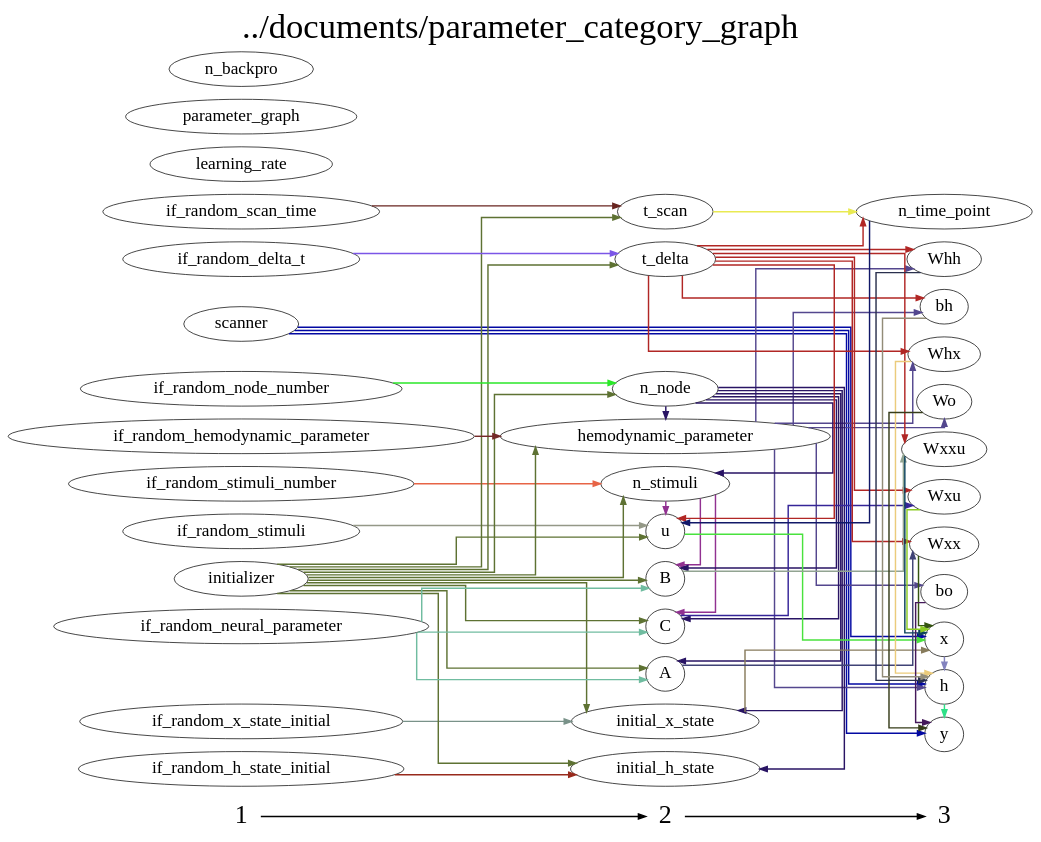
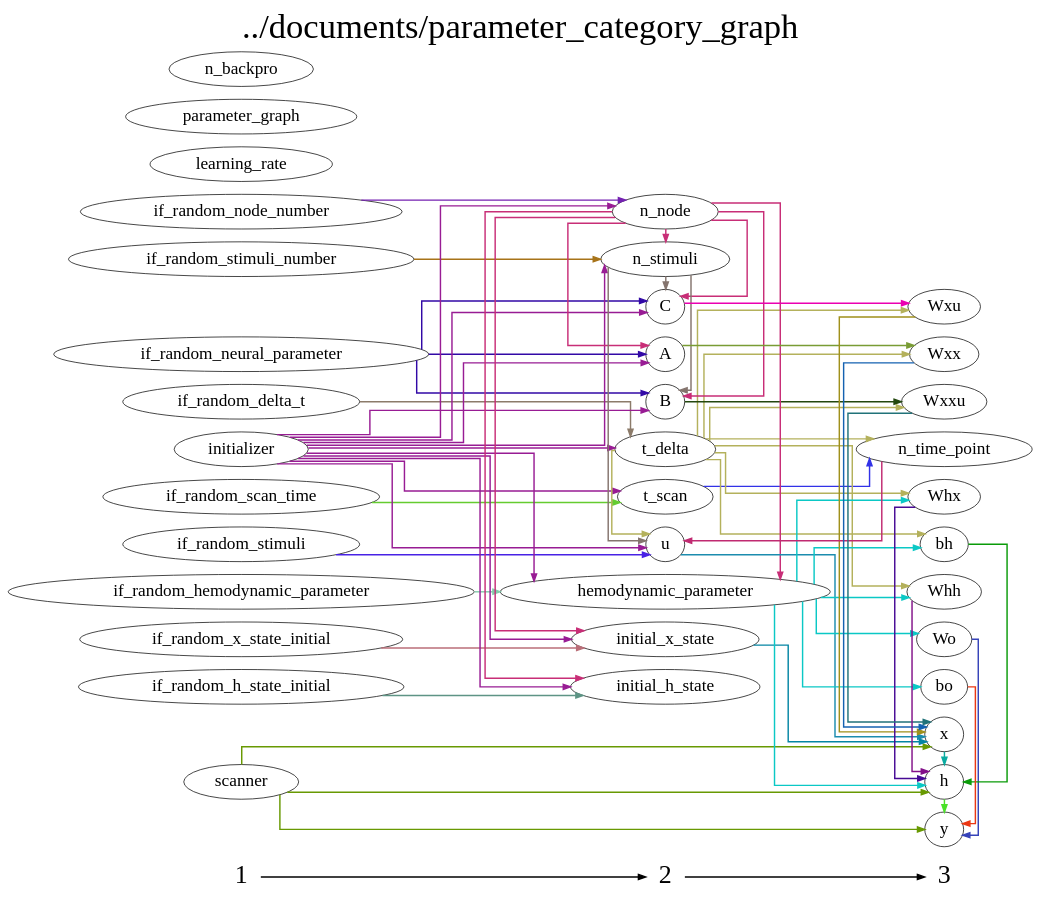
One commit to YuanWangOnward/DCM_RNN changed the diagram in dcm_rnn/documents/parameter_category_graph.gv. Above: the diagram before and after it, drawn with Graphviz. The commit also changed 11 other files, not shown here.

```diff
--- a/dcm_rnn/documents/parameter_category_graph.gv
+++ b/dcm_rnn/documents/parameter_category_graph.gv
@@ -1,132 +1,132 @@
 digraph G {
           splines=ortho;
           fontsize = 48;
           rankdir = "LR";
           node[fontsize=24];
           edge[penwidth=2];
           {
           node [shape=plaintext fontsize=36];
           1 -> 
           2 -> 
           3
           }
           {rank = same;
           1;
+          if_random_node_number;
           scanner;
-          learning_rate;
+          if_random_x_state_initial;
+          if_random_h_state_initial;
           if_random_stimuli;
-          if_random_x_state_initial;
-          if_random_stimuli_number;
-          initializer;
-          if_random_scan_time;
-          if_random_hemodynamic_parameter;
-          parameter_graph;
-          if_random_node_number;
-          if_random_h_state_initial;
           if_random_delta_t;
           if_random_neural_parameter;
+          if_random_hemodynamic_parameter;
+          if_random_scan_time;
+          learning_rate;
+          parameter_graph;
+          if_random_stimuli_number;
           n_backpro;
+          initializer;
           }
           {rank = same;
           2;
+          t_scan;
+          t_delta;
+          B;
+          n_node;
+          n_stimuli;
+          u;
+          initial_x_state;
           hemodynamic_parameter;
-          n_stimuli;
-          n_node;
-          t_scan;
           initial_h_state;
           C;
-          t_delta;
-          initial_x_state;
-          u;
-          B;
           A;
           }
           {rank = same;
           3;
+          Wo;
+          h;
+          Wxu;
+          Whx;
           n_time_point;
-          Whx;
           Wxxu;
+          Wxx;
+          bh;
           y;
-          Wo;
-          Wxx;
+          Whh;
+          x;
           bo;
-          Whh;
-          Wxu;
-          x;
-          h;
-          bh;
           }
-          hemodynamic_parameter -> Whx [color="#54478E"];
-          hemodynamic_parameter -> Wo [color="#54478E"];
-          hemodynamic_parameter -> bo [color="#54478E"];
-          hemodynamic_parameter -> Whh [color="#54478E"];
-          hemodynamic_parameter -> h [color="#54478E"];
-          hemodynamic_parameter -> bh [color="#54478E"];
-          Wo -> y [color="#363C19"];
+          if_random_node_number -> n_node [color="#7421B1"];
+          Wo -> y [color="#3643B9"];
+          Whx -> h [color="#470A95"];
+          if_random_x_state_initial -> initial_x_state [color="#BA6E78"];
+          h -> y [color="#4AE128"];
+          Whh -> h [color="#821089"];
+          Wxu -> x [color="#A0901B"];
+          scanner -> h [color="#689902"];
+          scanner -> y [color="#689902"];
+          scanner -> x [color="#689902"];
+          n_stimuli -> B [color="#84746E"];
+          n_stimuli -> u [color="#84746E"];
+          n_stimuli -> C [color="#84746E"];
+          n_backpro ;
+          t_delta -> Wxu [color="#B4B15C"];
+          t_delta -> Whx [color="#B4B15C"];
+          t_delta -> n_time_point [color="#B4B15C"];
+          t_delta -> Wxxu [color="#B4B15C"];
+          t_delta -> u [color="#B4B15C"];
+          t_delta -> Wxx [color="#B4B15C"];
+          t_delta -> bh [color="#B4B15C"];
+          t_delta -> Whh [color="#B4B15C"];
+          x -> h [color="#0BABA1"];
+          if_random_stimuli -> u [color="#4822E5"];
+          n_node -> B [color="#C82E77"];
+          n_node -> n_stimuli [color="#C82E77"];
+          n_node -> initial_x_state [color="#C82E77"];
+          n_node -> hemodynamic_parameter [color="#C82E77"];
+          n_node -> initial_h_state [color="#C82E77"];
+          n_node -> C [color="#C82E77"];
+          n_node -> A [color="#C82E77"];
+          n_time_point -> u [color="#C02A71"];
+          if_random_h_state_initial -> initial_h_state [color="#5E9485"];
+          Wxxu -> x [color="#217279"];
+          u -> x [color="#1C8CAE"];
+          Wxx -> x [color="#1462B1"];
+          if_random_delta_t -> t_delta [color="#8C7B6A"];
+          if_random_neural_parameter -> B [color="#3209A6"];
+          if_random_neural_parameter -> C [color="#3209A6"];
+          if_random_neural_parameter -> A [color="#3209A6"];
+          bh -> h [color="#0A9B09"];
+          y ;
+          t_scan -> n_time_point [color="#3232E7"];
+          if_random_hemodynamic_parameter -> hemodynamic_parameter [color="#83CBAB"];
+          bo -> y [color="#EB3713"];
+          learning_rate ;
+          initial_x_state -> x [color="#0485A4"];
+          hemodynamic_parameter -> Wo [color="#0BC8C5"];
+          hemodynamic_parameter -> h [color="#0BC8C5"];
+          hemodynamic_parameter -> Whx [color="#0BC8C5"];
+          hemodynamic_parameter -> bh [color="#0BC8C5"];
+          hemodynamic_parameter -> Whh [color="#0BC8C5"];
+          hemodynamic_parameter -> bo [color="#0BC8C5"];
           parameter_graph ;
-          n_time_point -> u [color="#111868"];
-          learning_rate ;
-          if_random_stimuli -> u [color="#949887"];
-          h -> y [color="#2EE087"];
-          Whx -> h [color="#EBCB7B"];
-          if_random_x_state_initial -> initial_x_state [color="#799289"];
-          if_random_stimuli_number -> n_stimuli [color="#E76446"];
-          scanner -> y [color="#0309A2"];
-          scanner -> x [color="#0309A2"];
-          scanner -> h [color="#0309A2"];
-          Wxxu -> x [color="#0C425C"];
-          n_node -> hemodynamic_parameter [color="#291464"];
-          n_node -> n_stimuli [color="#291464"];
-          n_node -> initial_h_state [color="#291464"];
-          n_node -> C [color="#291464"];
-          n_node -> initial_x_state [color="#291464"];
-          n_node -> B [color="#291464"];
-          n_node -> A [color="#291464"];
-          if_random_scan_time -> t_scan [color="#682520"];
-          t_scan -> n_time_point [color="#E9EA52"];
-          if_random_hemodynamic_parameter -> hemodynamic_parameter [color="#742928"];
-          if_random_delta_t -> t_delta [color="#7B56E7"];
-          y ;
-          if_random_node_number -> n_node [color="#2AE728"];
-          if_random_h_state_initial -> initial_h_state [color="#982A1C"];
-          initial_x_state -> x [color="#877B5C"];
+          if_random_stimuli_number -> n_stimuli [color="#A77319"];
           initial_h_state ;
-          C -> Wxu [color="#352598"];
-          initializer -> hemodynamic_parameter [color="#5E7233"];
-          initializer -> n_stimuli [color="#5E7233"];
-          initializer -> n_node [color="#5E7233"];
-          initializer -> t_scan [color="#5E7233"];
-          initializer -> initial_h_state [color="#5E7233"];
-          initializer -> C [color="#5E7233"];
-          initializer -> t_delta [color="#5E7233"];
-          initializer -> initial_x_state [color="#5E7233"];
-          initializer -> u [color="#5E7233"];
-          initializer -> B [color="#5E7233"];
-          initializer -> A [color="#5E7233"];
-          if_random_neural_parameter -> C [color="#70BCA0"];
-          if_random_neural_parameter -> B [color="#70BCA0"];
-          if_random_neural_parameter -> A [color="#70BCA0"];
-          bo -> y [color="#44185A"];
-          n_backpro ;
-          Whh -> h [color="#2A304E"];
-          t_delta -> n_time_point [color="#B12725"];
-          t_delta -> Whx [color="#B12725"];
-          t_delta -> Wxxu [color="#B12725"];
-          t_delta -> Wxx [color="#B12725"];
-          t_delta -> Whh [color="#B12725"];
-          t_delta -> Wxu [color="#B12725"];
-          t_delta -> u [color="#B12725"];
-          t_delta -> bh [color="#B12725"];
-          Wxu -> x [color="#8BCB23"];
-          Wxx -> x [color="#345410"];
-          u -> x [color="#49E23E"];
-          A -> Wxx [color="#404376"];
-          n_stimuli -> C [color="#913191"];
-          n_stimuli -> u [color="#913191"];
-          n_stimuli -> B [color="#913191"];
-          B -> Wxxu [color="#92A492"];
-          bh -> h [color="#928C78"];
-          x -> h [color="#8383BE"];
+          B -> Wxxu [color="#23470E"];
+          initializer -> t_scan [color="#981C94"];
+          initializer -> t_delta [color="#981C94"];
+          initializer -> B [color="#981C94"];
+          initializer -> n_node [color="#981C94"];
+          initializer -> n_stimuli [color="#981C94"];
+          initializer -> u [color="#981C94"];
+          initializer -> initial_x_state [color="#981C94"];
+          initializer -> hemodynamic_parameter [color="#981C94"];
+          initializer -> initial_h_state [color="#981C94"];
+          initializer -> C [color="#981C94"];
+          initializer -> A [color="#981C94"];
+          C -> Wxu [color="#EA00B1"];
+          if_random_scan_time -> t_scan [color="#65CC30"];
+          A -> Wxx [color="#799C34"];
           labelloc = "t";
           label = "../documents/parameter_category_graph";
 }
```
